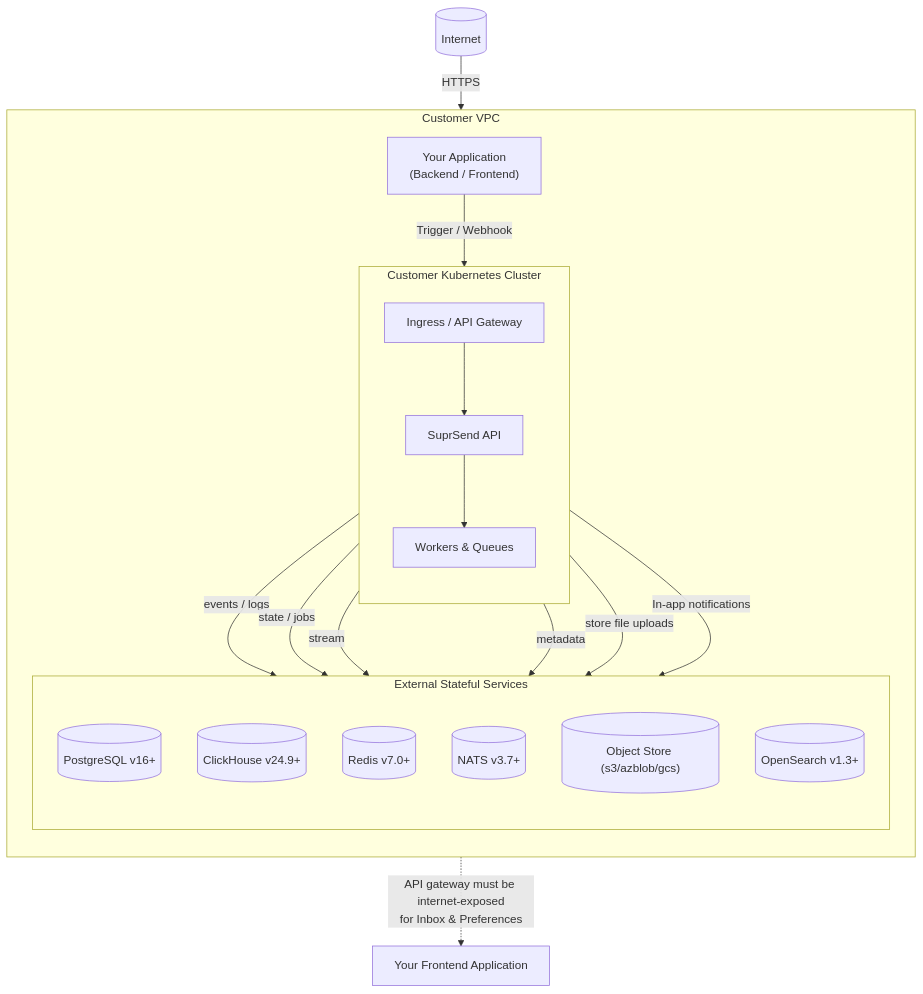
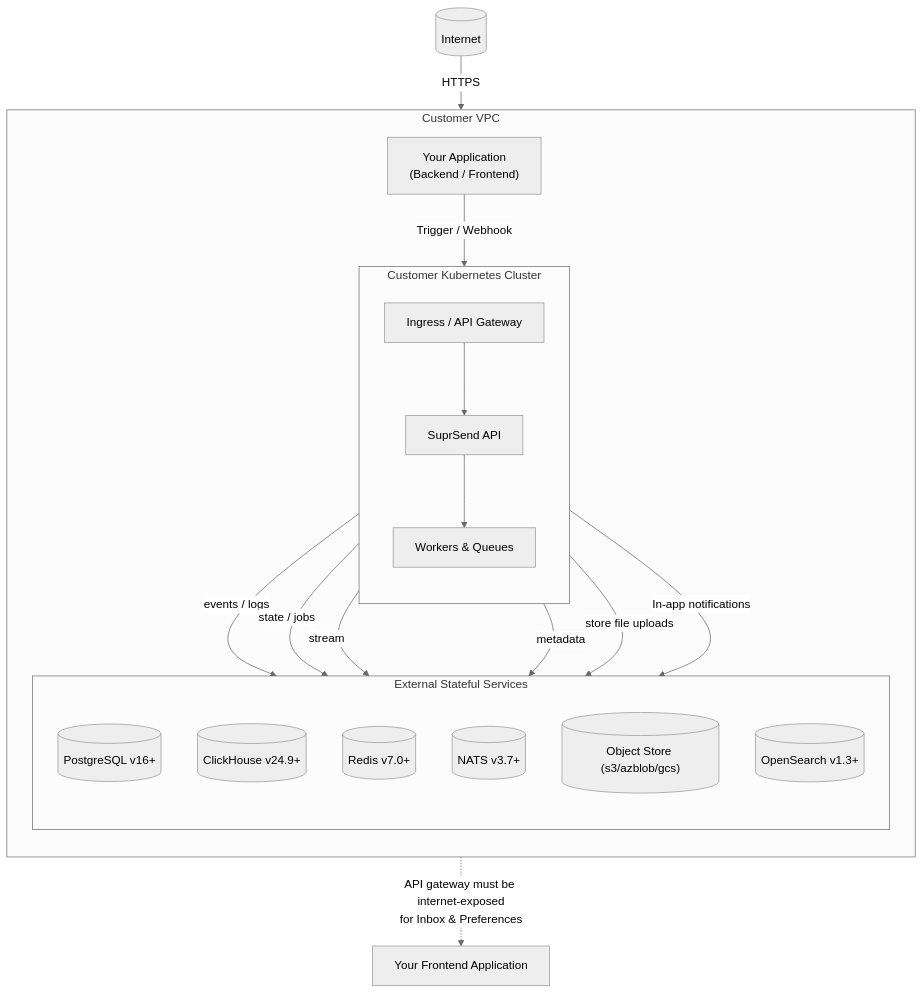
The diagram in docs/self-hosted/introduction.mdx (suprsend/documentation), drawn with Mermaid before and after one commit. The commit also changed other lines of this file and 16 other files, not shown here.

````diff
--- a/docs/self-hosted/introduction.mdx
+++ b/docs/self-hosted/introduction.mdx
@@ -52,43 +47,38 @@
 ```mermaid
+%%{init: {'theme': 'neutral'}}%%
 flowchart TD
-    %% Internet boundary
     I[("Internet")] -->|HTTPS| G["Ingress / API Gateway"]
 
-    %% Customer VPC
     subgraph VPC["Customer VPC"]
       direction TB
 
       subgraph K8s["Customer Kubernetes Cluster"]
         direction TB
         G --> A["SuprSend API"]
         A --> Q["Workers & Queues"]
       end
 
-      %% External stateful services (recommended outside K8s)
       subgraph EXT["External Stateful Services"]
         direction TB
         P[("PostgreSQL v16+")]
         CH[("ClickHouse v24.9+")]
         R[("Redis v7.0+")]
         K[("NATS v3.7+")]
         BL[("Object Store (s3/azblob/gcs)")]
         OS[("OpenSearch v1.3+")]
       end
 
-      %% Your App
       APP["Your Application<br/>(Backend / Frontend)"]
 
-      %% Data flows
       Q -->|"events / logs"| CH
       Q -->|"state / jobs"| R
       Q -->|"stream"| K
       A -->|"metadata"| P
       A -->|"store file uploads"| BL
       A -->|"In-app notifications"| OS
       APP -->|"Trigger / Webhook"| G
 
     end
 
-    %% Notes
     G -.->|"API gateway must be internet-exposed<br/>for Inbox & Preferences"| NOTE["Your Frontend Application"]
 ```
````
